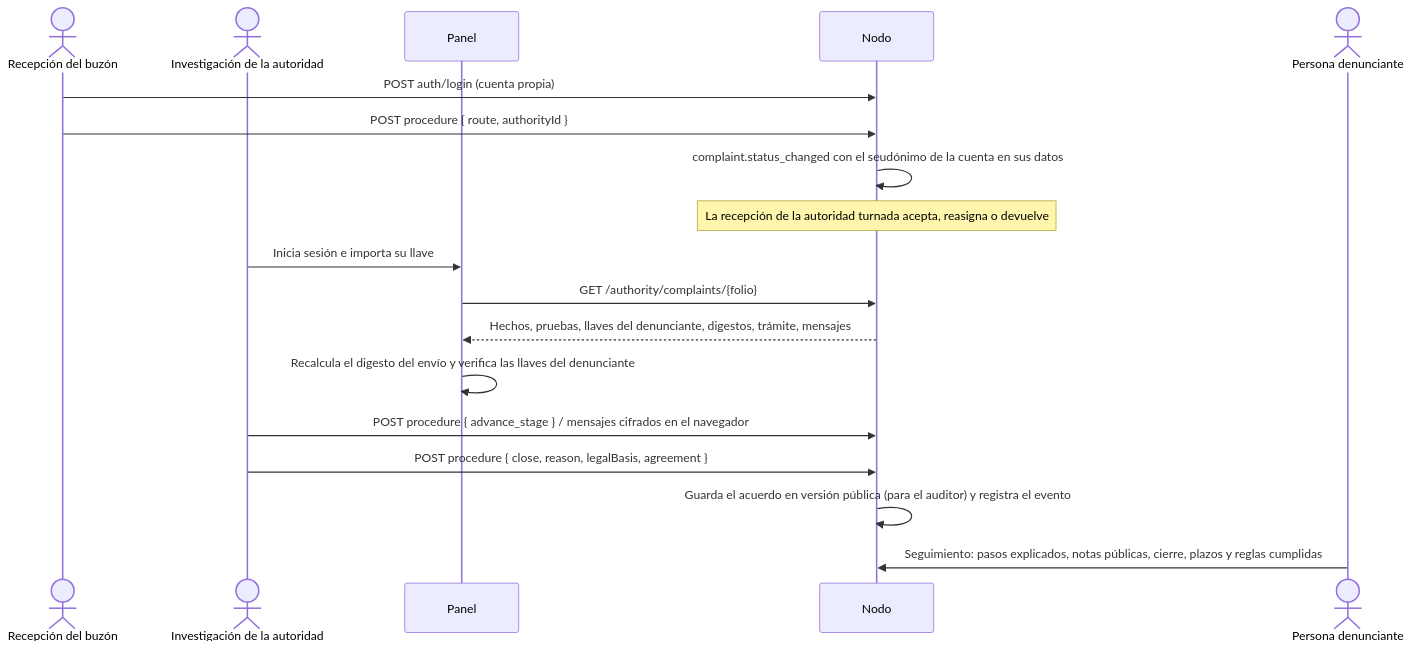
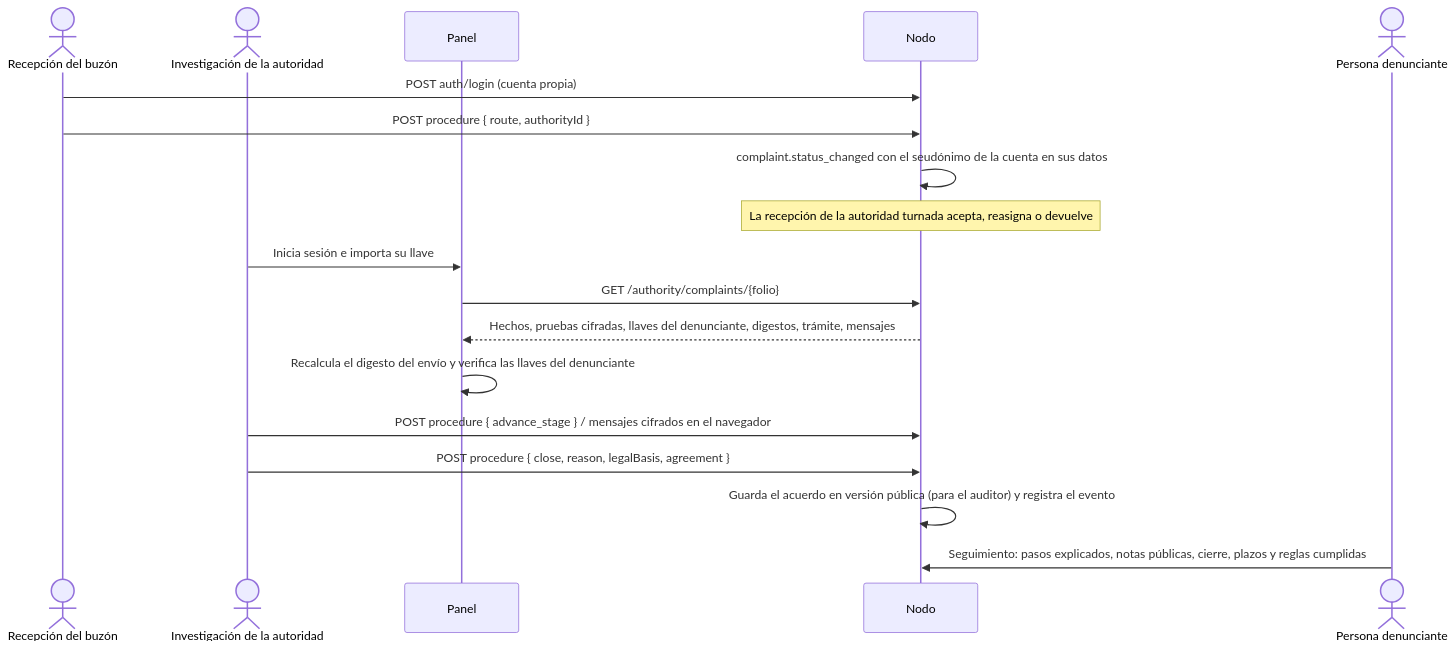
One commit to GuilleOp/sigilo-s5 changed the third of 6 diagrams in docs/arquitectura.md. Above: the diagram before and after it, drawn with Mermaid. The commit also changed other lines of this file and 19 other files, not shown here.

````diff
--- a/docs/arquitectura.md
+++ b/docs/arquitectura.md
@@ -124,20 +126,20 @@
 ```mermaid
 sequenceDiagram
   actor R as Recepción del buzón
   actor I as Investigación de la autoridad
   participant P as Panel
   participant S as Nodo
   actor D as Persona denunciante
   R->>S: POST auth/login (cuenta propia)
   R->>S: POST procedure { route, authorityId }
   S->>S: complaint.status_changed con el seudónimo de la cuenta en sus datos
   Note over S: La recepción de la autoridad turnada acepta, reasigna o devuelve
   I->>P: Inicia sesión e importa su llave
   P->>S: GET /authority/complaints/{folio}
-  S-->>P: Hechos, pruebas, llaves del denunciante, digestos, trámite, mensajes
+  S-->>P: Hechos, pruebas cifradas, llaves del denunciante, digestos, trámite, mensajes
   P->>P: Recalcula el digesto del envío y verifica las llaves del denunciante
   I->>S: POST procedure { advance_stage } / mensajes cifrados en el navegador
   I->>S: POST procedure { close, reason, legalBasis, agreement }
   S->>S: Guarda el acuerdo en versión pública (para el auditor) y registra el evento
   D->>S: Seguimiento: pasos explicados, notas públicas, cierre, plazos y reglas cumplidas
 ```
````
